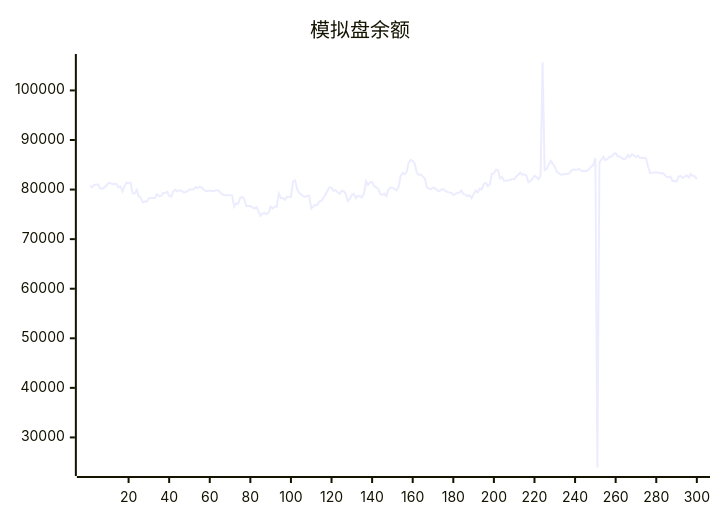
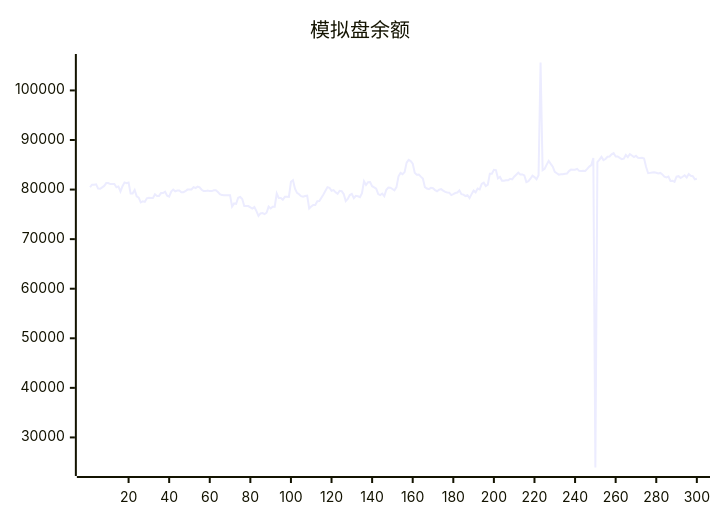
One commit to aahl/ai-trading changed the diagram in README.md. Above: the diagram before and after it, drawn with Mermaid. The commit also changed other lines of this file and 1 other file, not shown here.

````diff
--- a/README.md
+++ b/README.md
@@ -5,5 +5,5 @@
 ```mermaid
 xychart
     title "模拟盘余额"
-    line [80742,80468,80989,80989,81067,80191,80155,80450,80737,81309,81309,81106,81119,81119,80471,80631,79624,80670,81448,81290,81429,79212,79222,79940,78643,78380,77432,77623,77504,78235,78358,78284,78277,79048,78714,78714,79290,79308,79567,78763,78563,79603,79988,79652,79813,79813,79476,79469,79673,79995,80015,80015,80486,80314,80600,80436,79966,79689,79689,79819,79692,79692,79850,79850,79518,79071,78889,78850,78850,78878,78878,76554,77202,77103,78357,78510,78106,76678,76677,76672,76411,76159,76485,75656,74695,75197,75246,75052,75334,76564,76179,76553,76551,79196,78300,78300,77944,78531,78531,78521,81564,81884,80160,79335,79055,78675,78580,78708,78764,76179,76586,76902,76876,77658,77669,78346,79023,79769,80497,80366,79761,79896,79448,79126,79749,79658,79097,77695,78114,78888,79126,78249,78738,78653,78478,79271,81680,80923,81488,81527,80681,80455,80190,79084,78879,79193,78686,79954,80403,80374,80118,79848,80491,82665,83351,83098,83525,85430,85983,85737,85221,83378,83014,83043,82613,82216,80477,80208,80081,80348,80277,79894,79670,79965,80093,79786,79542,79406,79371,78893,79087,79304,79406,79841,79072,78978,78696,78846,78272,79085,79787,79442,80198,80031,81120,81379,80718,80985,83214,83212,83993,83921,82270,82547,81776,81776,81866,81866,82158,82061,82596,83000,83408,83041,83050,82858,81503,81691,82188,82812,82517,82092,82901,105633,83898,84180,85030,85781,85178,84604,83569,83298,83008,83093,83107,83175,83228,83729,84025,84017,84019,84177,83775,83762,83785,83738,84160,84639,84939,86370,23934,85548,86046,86599,85942,86161,86622,86664,87115,87369,86666,86685,86384,86152,86243,86969,86548,87164,86885,86566,86809,86427,86348,86417,86273,84538,83299,83369,83430,83490,83404,83270,83362,83056,82605,82459,82614,81734,81788,81551,82598,82702,82320,82580,82878,82426,83139,82778,82686,82056]
+    line [80468,80989,80989,81067,80191,80155,80450,80737,81309,81309,81106,81119,81119,80471,80631,79624,80670,81448,81290,81429,79212,79222,79940,78643,78380,77432,77623,77504,78235,78358,78284,78277,79048,78714,78714,79290,79308,79567,78763,78563,79603,79988,79652,79813,79813,79476,79469,79673,79995,80015,80015,80486,80314,80600,80436,79966,79689,79689,79819,79692,79692,79850,79850,79518,79071,78889,78850,78850,78878,78878,76554,77202,77103,78357,78510,78106,76678,76677,76672,76411,76159,76485,75656,74695,75197,75246,75052,75334,76564,76179,76553,76551,79196,78300,78300,77944,78531,78531,78521,81564,81884,80160,79335,79055,78675,78580,78708,78764,76179,76586,76902,76876,77658,77669,78346,79023,79769,80497,80366,79761,79896,79448,79126,79749,79658,79097,77695,78114,78888,79126,78249,78738,78653,78478,79271,81680,80923,81488,81527,80681,80455,80190,79084,78879,79193,78686,79954,80403,80374,80118,79848,80491,82665,83351,83098,83525,85430,85983,85737,85221,83378,83014,83043,82613,82216,80477,80208,80081,80348,80277,79894,79670,79965,80093,79786,79542,79406,79371,78893,79087,79304,79406,79841,79072,78978,78696,78846,78272,79085,79787,79442,80198,80031,81120,81379,80718,80985,83214,83212,83993,83921,82270,82547,81776,81776,81866,81866,82158,82061,82596,83000,83408,83041,83050,82858,81503,81691,82188,82812,82517,82092,82901,105633,83898,84180,85030,85781,85178,84604,83569,83298,83008,83093,83107,83175,83228,83729,84025,84017,84019,84177,83775,83762,83785,83738,84160,84639,84939,86370,23934,85548,86046,86599,85942,86161,86622,86664,87115,87369,86666,86685,86384,86152,86243,86969,86548,87164,86885,86566,86809,86427,86348,86417,86273,84538,83299,83369,83430,83490,83404,83270,83362,83056,82605,82459,82614,81734,81788,81551,82598,82702,82320,82580,82878,82426,83139,82778,82686,82056,82166]
 ```
````
